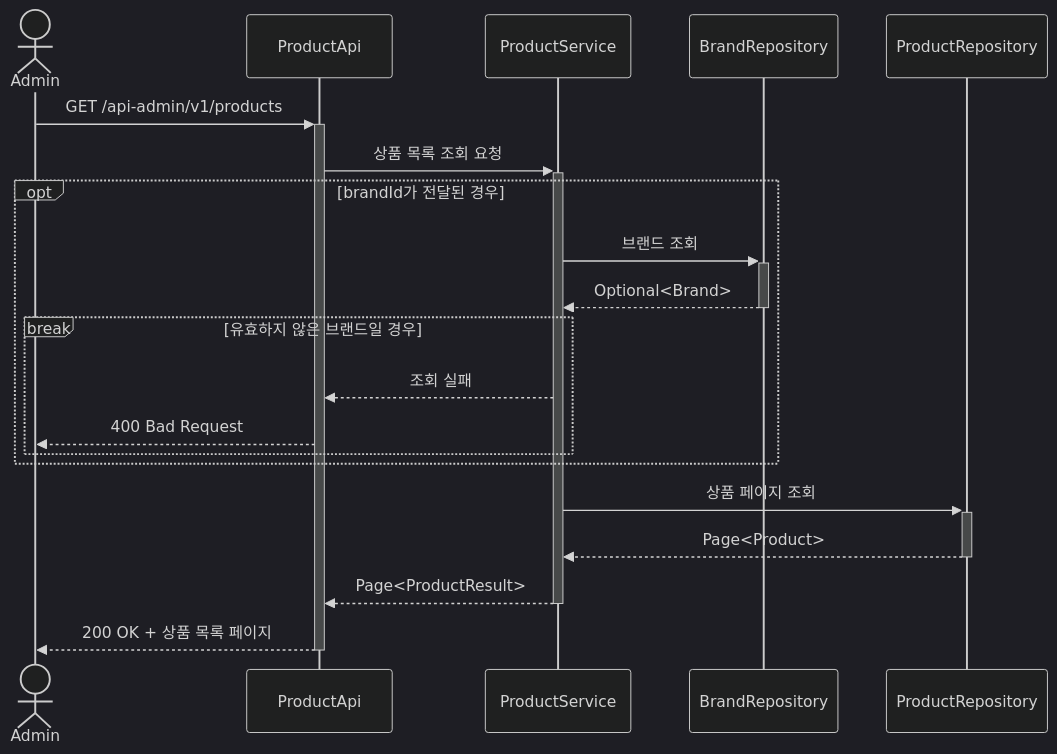
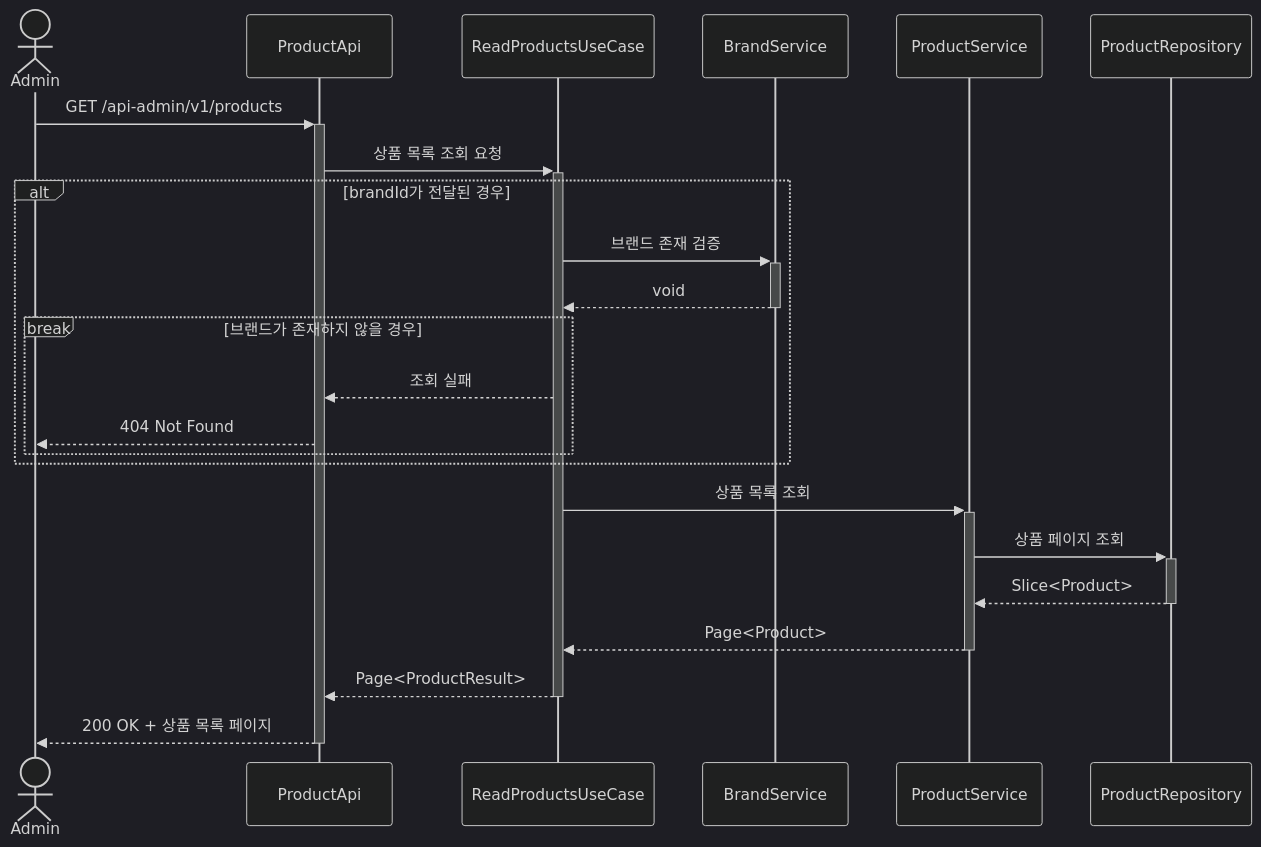
One commit to Loopers-dev-lab/loop-pack-be-l2-vol3-java changed the tenth of 23 diagrams in .docs/design/02-sequence-diagrams.md. Above: the diagram before and after it, drawn with Mermaid (dark theme). The commit also changed other lines of this file and 143 other files, not shown here.

````diff
--- a/.docs/design/02-sequence-diagrams.md
+++ b/.docs/design/02-sequence-diagrams.md
@@ -346,26 +366,30 @@
 ```mermaid
 sequenceDiagram
     actor Admin
     participant ProductApi
+    participant ReadProductsUseCase
+    participant BrandService
     participant ProductService
-    participant BrandRepository
     participant ProductRepository
 
     Admin ->>+ ProductApi: GET /api-admin/v1/products
-    ProductApi ->>+ ProductService: 상품 목록 조회 요청
+    ProductApi ->>+ ReadProductsUseCase: 상품 목록 조회 요청
 
-    opt brandId가 전달된 경우
-        ProductService ->>+ BrandRepository: 브랜드 조회
-        BrandRepository -->>- ProductService: Optional<Brand>
+    alt brandId가 전달된 경우
+        ReadProductsUseCase ->>+ BrandService: 브랜드 존재 검증
+        BrandService -->>- ReadProductsUseCase: void
 
-        break 유효하지 않은 브랜드일 경우
-            ProductService -->> ProductApi: 조회 실패
-            ProductApi -->> Admin: 400 Bad Request
+        break 브랜드가 존재하지 않을 경우
+            ReadProductsUseCase -->> ProductApi: 조회 실패
+            ProductApi -->> Admin: 404 Not Found
         end
     end
 
+    ReadProductsUseCase ->>+ ProductService: 상품 목록 조회
     ProductService ->>+ ProductRepository: 상품 페이지 조회
-    ProductRepository -->>- ProductService: Page<Product>
-    ProductService -->>- ProductApi: Page<ProductResult>
+    ProductRepository -->>- ProductService: Slice<Product>
+    ProductService -->>- ReadProductsUseCase: Page<Product>
+
+    ReadProductsUseCase -->>- ProductApi: Page<ProductResult>
     ProductApi -->>- Admin: 200 OK + 상품 목록 페이지
 ```
````
